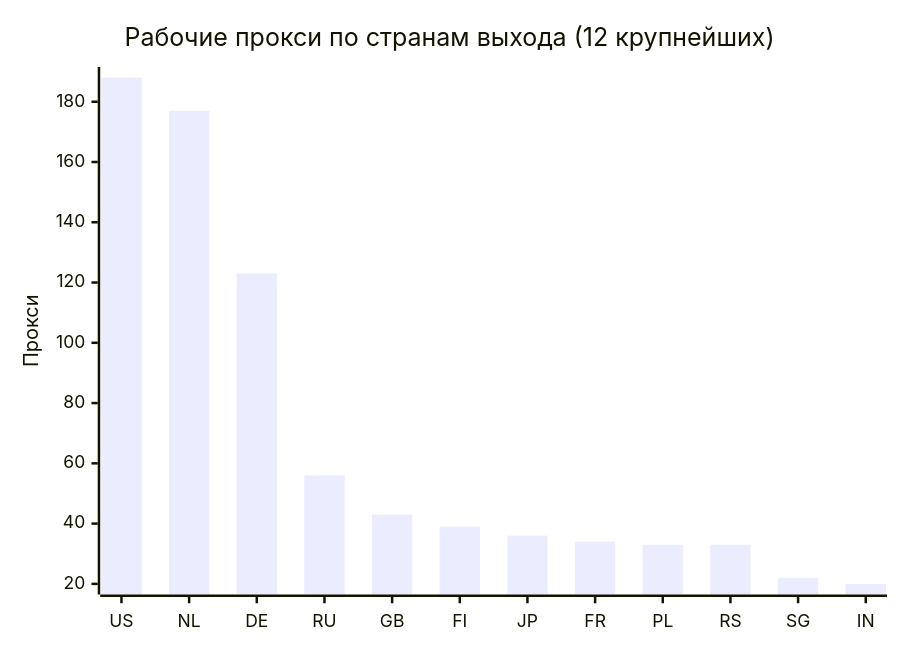
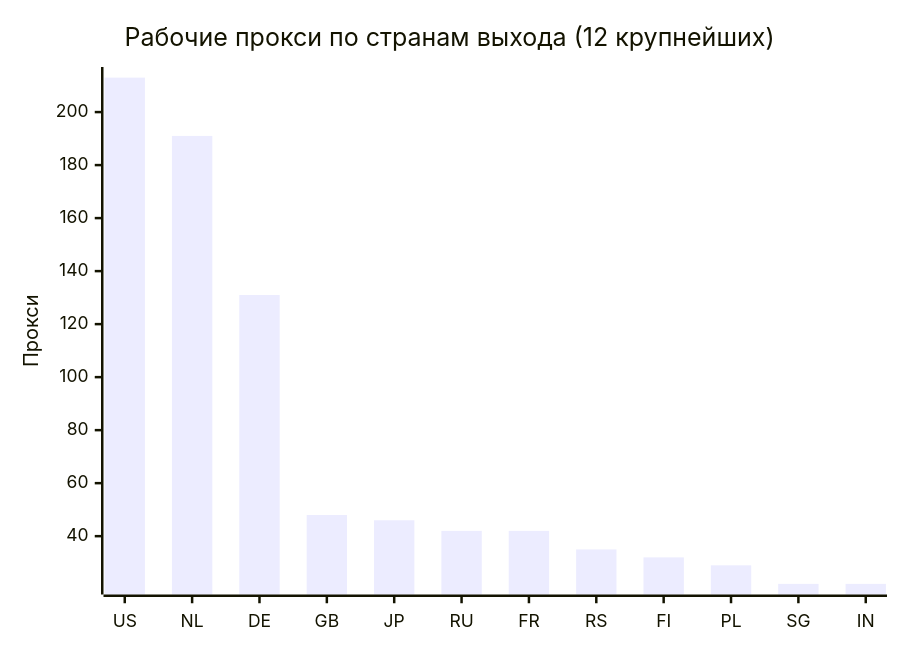
The second of 4 diagrams in README.md (rvvg/proxy-subs), drawn with Mermaid before and after one commit. The commit also changed other lines of this file and 48 other files, not shown here.

````diff
--- a/README.md
+++ b/README.md
@@ -131,7 +128,7 @@
 ```mermaid
 xychart-beta
     title "Рабочие прокси по странам выхода (12 крупнейших)"
-    x-axis ["US", "NL", "DE", "RU", "GB", "FI", "JP", "FR", "PL", "RS", "SG", "IN"]
+    x-axis ["US", "NL", "DE", "GB", "JP", "RU", "FR", "RS", "FI", "PL", "SG", "IN"]
     y-axis "Прокси"
-    bar [188, 177, 123, 56, 43, 39, 36, 34, 33, 33, 22, 20]
+    bar [213, 191, 131, 48, 46, 42, 42, 35, 32, 29, 22, 22]
 ```
````
